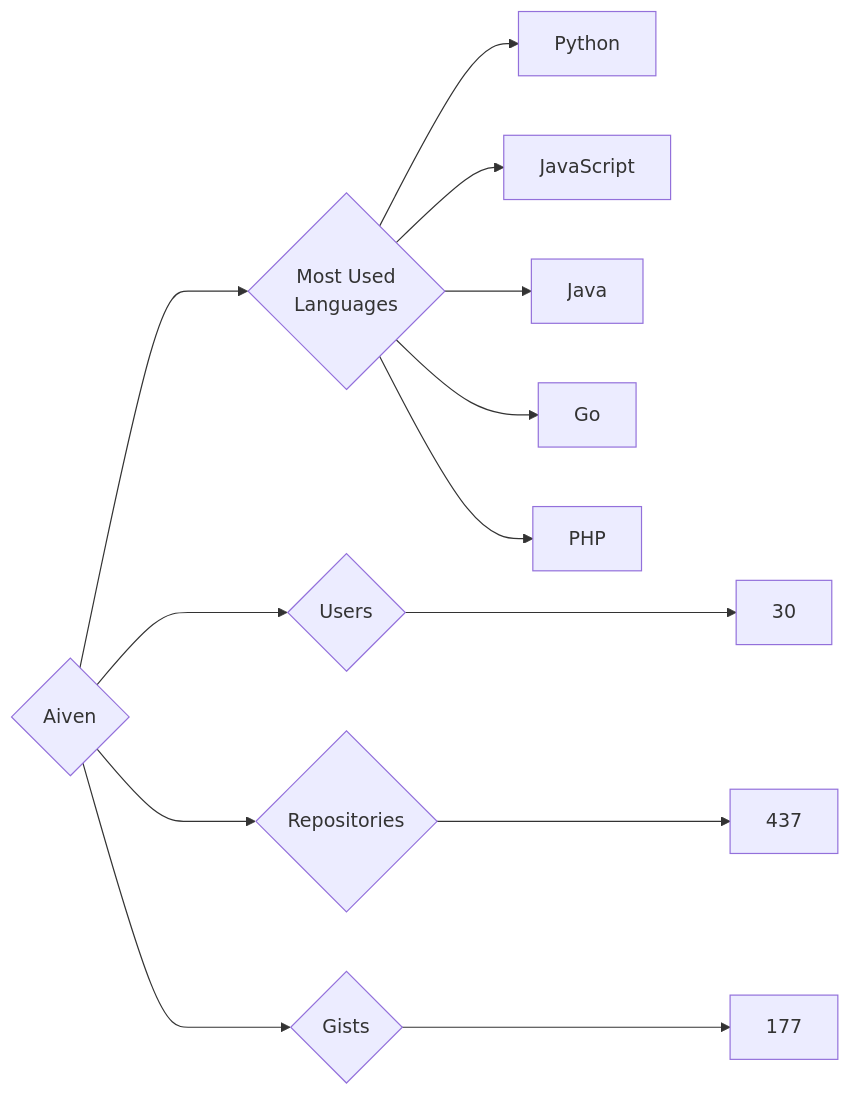
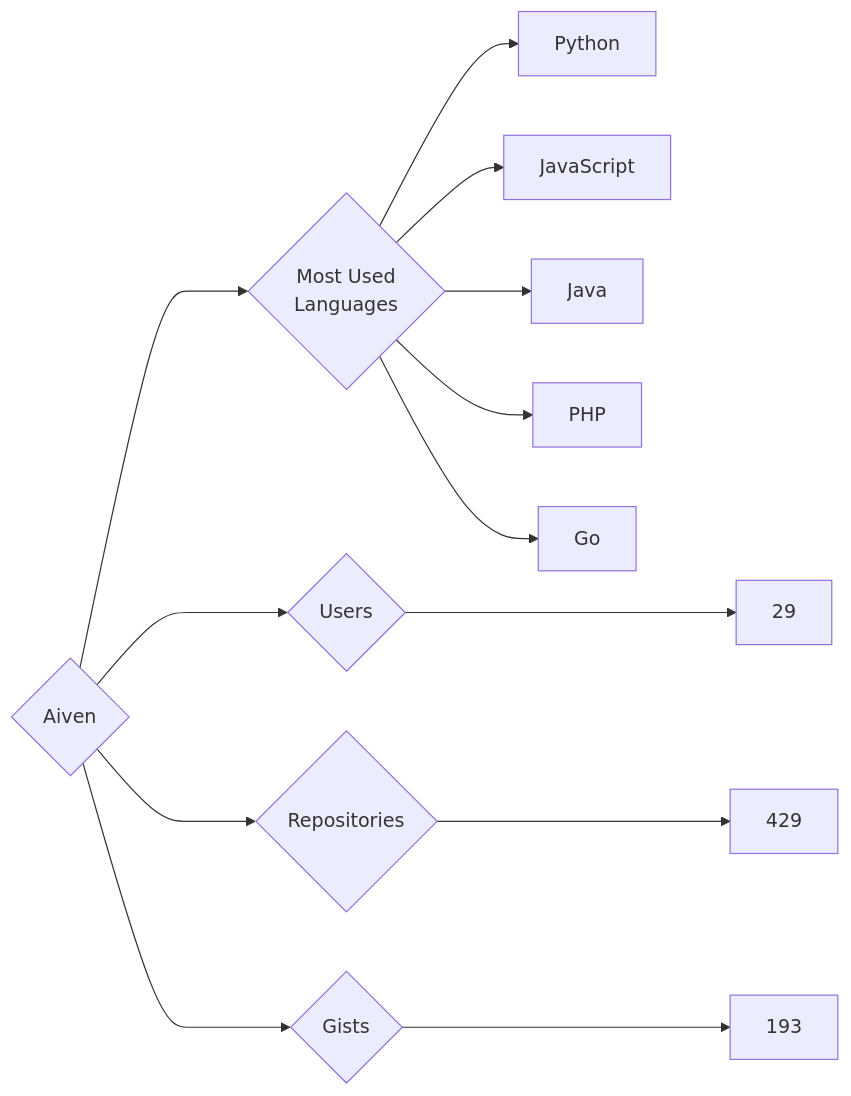
One commit to trickest/insiders changed the diagram in targets/Aiven/README.md. Above: the diagram before and after it, drawn with Mermaid. The commit also changed 736 other files, not shown here.

````diff
--- a/targets/Aiven/README.md
+++ b/targets/Aiven/README.md
@@ -3,13 +3,13 @@
 ```mermaid
 graph LR
 COMPANY_NAME{Aiven}
-COMPANY_NAME ---> U{Users} ---> UN[30]
-COMPANY_NAME ---> R{Repositories} ---> RN[437]
-COMPANY_NAME ---> G{Gists} ---> GN[177]
+COMPANY_NAME ---> U{Users} ---> UN[29]
+COMPANY_NAME ---> R{Repositories} ---> RN[429]
+COMPANY_NAME ---> G{Gists} ---> GN[193]
 COMPANY_NAME ---> ML{Most Used<br>Languages}
 ML --> Python[Python]
 ML --> JavaScript[JavaScript]
 ML --> Java[Java]
+ML --> PHP[PHP]
 ML --> Go[Go]
-ML --> PHP[PHP]
 ```
````
